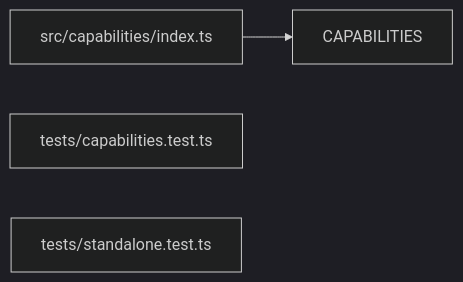
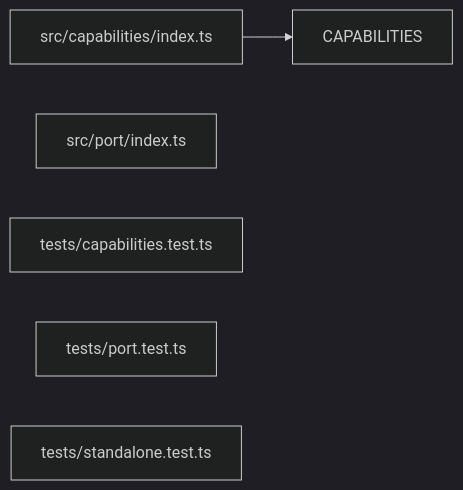
Before and after one commit to ankhorage/secrets: the diagram in paradox/diagrams/export-graph.mmd, drawn with Mermaid (dark theme). The commit also changed 10 other files, not shown here.

```diff
--- a/paradox/diagrams/export-graph.mmd
+++ b/paradox/diagrams/export-graph.mmd
@@ -1,6 +1,8 @@
 graph LR
   module_src_capabilities_index_ts["src/capabilities/index.ts"]
+  module_src_port_index_ts["src/port/index.ts"]
   module_tests_capabilities_test_ts["tests/capabilities.test.ts"]
+  module_tests_port_test_ts["tests/port.test.ts"]
   module_tests_standalone_test_ts["tests/standalone.test.ts"]
   export_CAPABILITIES["CAPABILITIES"]
   module_src_capabilities_index_ts --> export_CAPABILITIES
```
